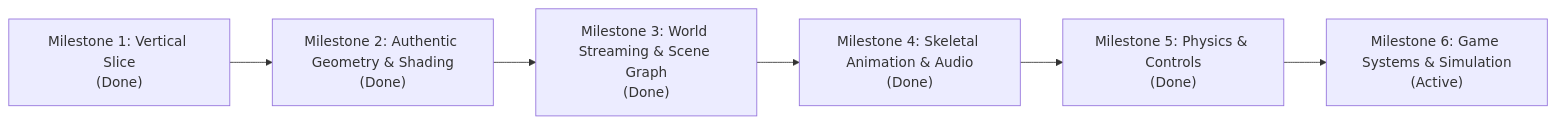
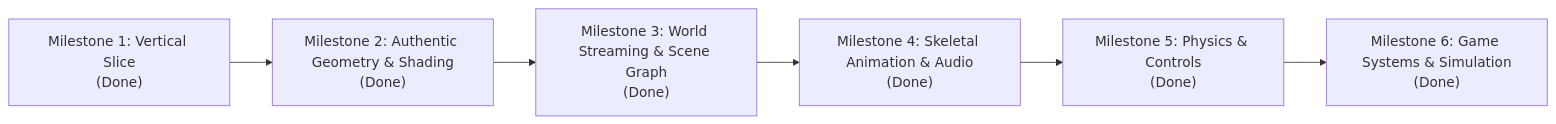
The diagram in docs/roadmap.md (the-rohit-kumar/sleeping-dogs-web), drawn with Mermaid before and after one commit. The commit also changed other lines of this file and 31 other files, not shown here.

Commit message:
Complete Milestone 6: Gameplay, NPCs, Vehicle Driving & Melee Combat Simulation

````diff
--- a/docs/roadmap.md
+++ b/docs/roadmap.md
@@ -10,8 +10,8 @@
 ```mermaid
 flowchart LR
     M1["Milestone 1: Vertical Slice<br/>(Done)"] --> M2["Milestone 2: Authentic Geometry & Shading<br/>(Done)"]
     M2 --> M3["Milestone 3: World Streaming & Scene Graph<br/>(Done)"]
     M3 --> M4["Milestone 4: Skeletal Animation & Audio<br/>(Done)"]
     M4 --> M5["Milestone 5: Physics & Controls<br/>(Done)"]
-    M5 --> M6["Milestone 6: Game Systems & Simulation<br/>(Active)"]
+    M5 --> M6["Milestone 6: Game Systems & Simulation<br/>(Done)"]
 ```
````
